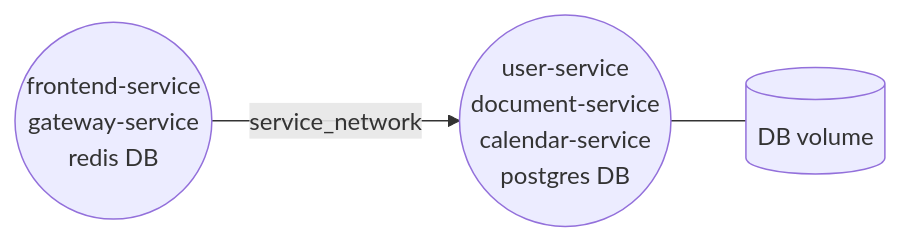
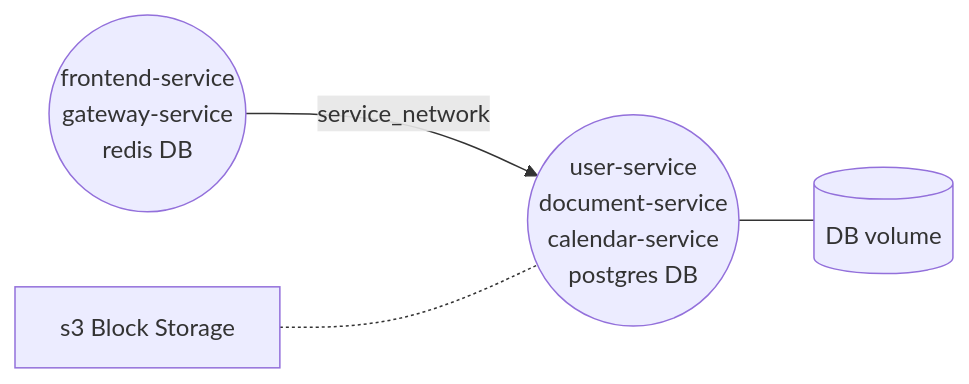
Before and after one commit to samgozman/validity.red: the diagram in deploy/README.md, drawn with Mermaid. The commit also changed other lines of this file and 5 other files, not shown here.

````diff
--- a/deploy/README.md
+++ b/deploy/README.md
@@ -5,6 +5,7 @@
 ```mermaid
 graph LR
     A((frontend-service <br/> gateway-service <br/> redis DB <br/>))
     A--> |service_network| B((user-service <br/> document-service <br/> calendar-service <br/> postgres DB <br/>))
     B---C[(DB volume)]
+    D[s3 Block Storage] -.- B
 ```
````
